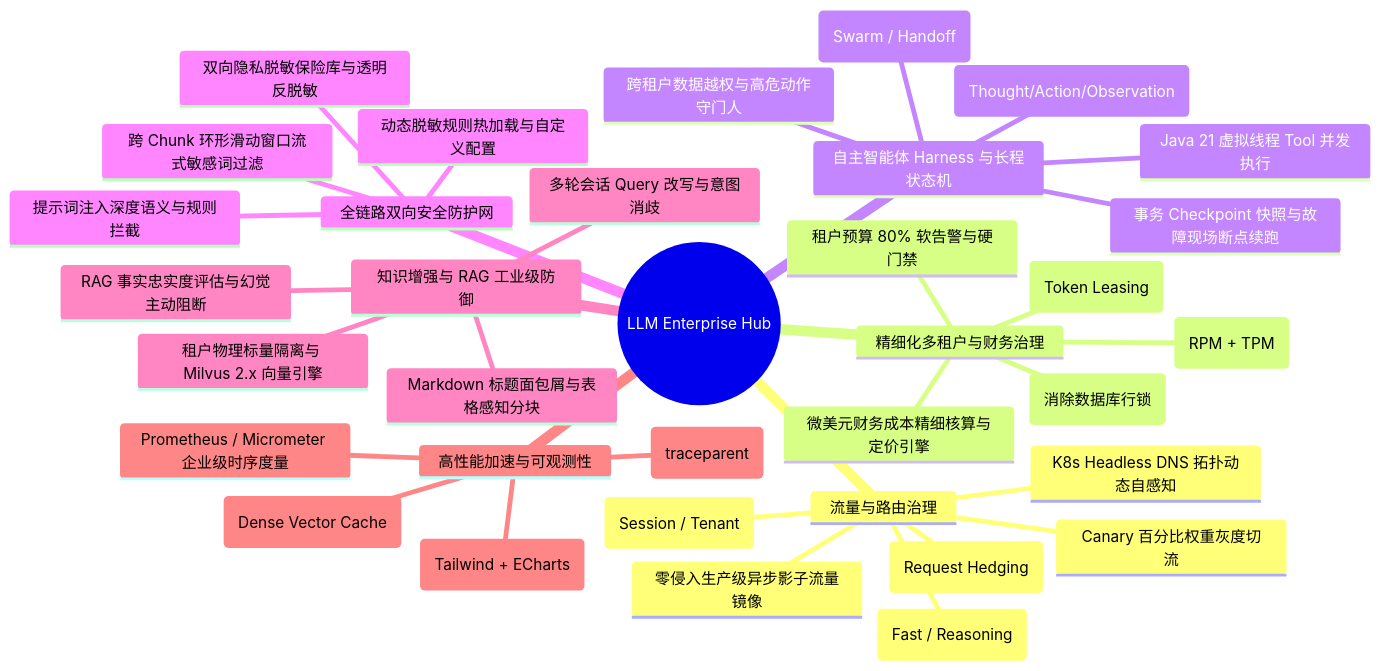
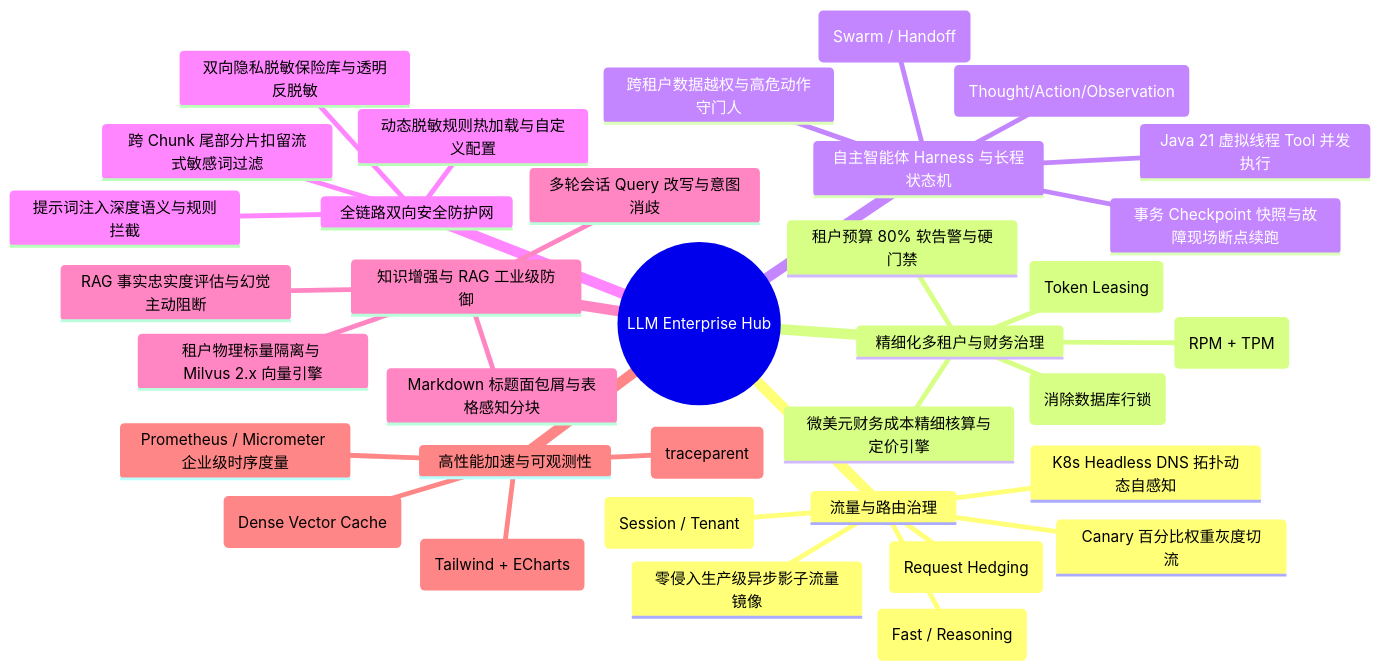
One commit to u8u7u87/llm-enterprise-hub changed the second of 2 diagrams in README.md. Above: the diagram before and after it, drawn with Mermaid. The commit also changed other lines of this file and 111 other files, not shown here.

````diff
--- a/README.md
+++ b/README.md
@@ -161,38 +161,38 @@
 ```mermaid
 mindmap
   root((LLM Enterprise Hub))
     流量与路由治理
       Canary 百分比权重灰度切流
       一致性哈希粘性会话 (Session / Tenant)
       零侵入生产级异步影子流量镜像
       虚拟模型别名与多级级联降级 (Fast / Reasoning)
       低延迟首字投机对冲竞速路由 (Request Hedging)
       K8s Headless DNS 拓扑动态自感知
     精细化多租户与财务治理
       分布式 Token 租约原子预占 (Token Leasing)
       异步削峰写回批处理器 (消除数据库行锁)
       双轨滑动窗口限流器 (RPM + TPM)
       微美元财务成本精细核算与定价引擎
       租户预算 80% 软告警与硬门禁
     自主智能体 Harness 与长程状态机
       事务 Checkpoint 快照与故障现场断点续跑
       ReAct 循环流式事件透传 (Thought/Action/Observation)
       多 Agent 协同工作流与工单分诊 (Swarm / Handoff)
       Java 21 虚拟线程 Tool 并发执行
       跨租户数据越权与高危动作守门人
     全链路双向安全防护网
       提示词注入深度语义与规则拦截
-      跨 Chunk 环形滑动窗口流式敏感词过滤
+      跨 Chunk 尾部分片扣留流式敏感词过滤
       双向隐私脱敏保险库与透明反脱敏
       动态脱敏规则热加载与自定义配置
     知识增强与 RAG 工业级防御
       多轮会话 Query 改写与意图消歧
       Markdown 标题面包屑与表格感知分块
       租户物理标量隔离与 Milvus 2.x 向量引擎
       RAG 事实忠实度评估与幻觉主动阻断
     高性能加速与可观测性
       稠密向量级真实语义缓存 (Dense Vector Cache)
       W3C TraceContext 全链路追踪 (traceparent)
       Prometheus / Micrometer 企业级时序度量
       零依赖内嵌现代 Web 运维监控大盘 (Tailwind + ECharts)
 ```
````
